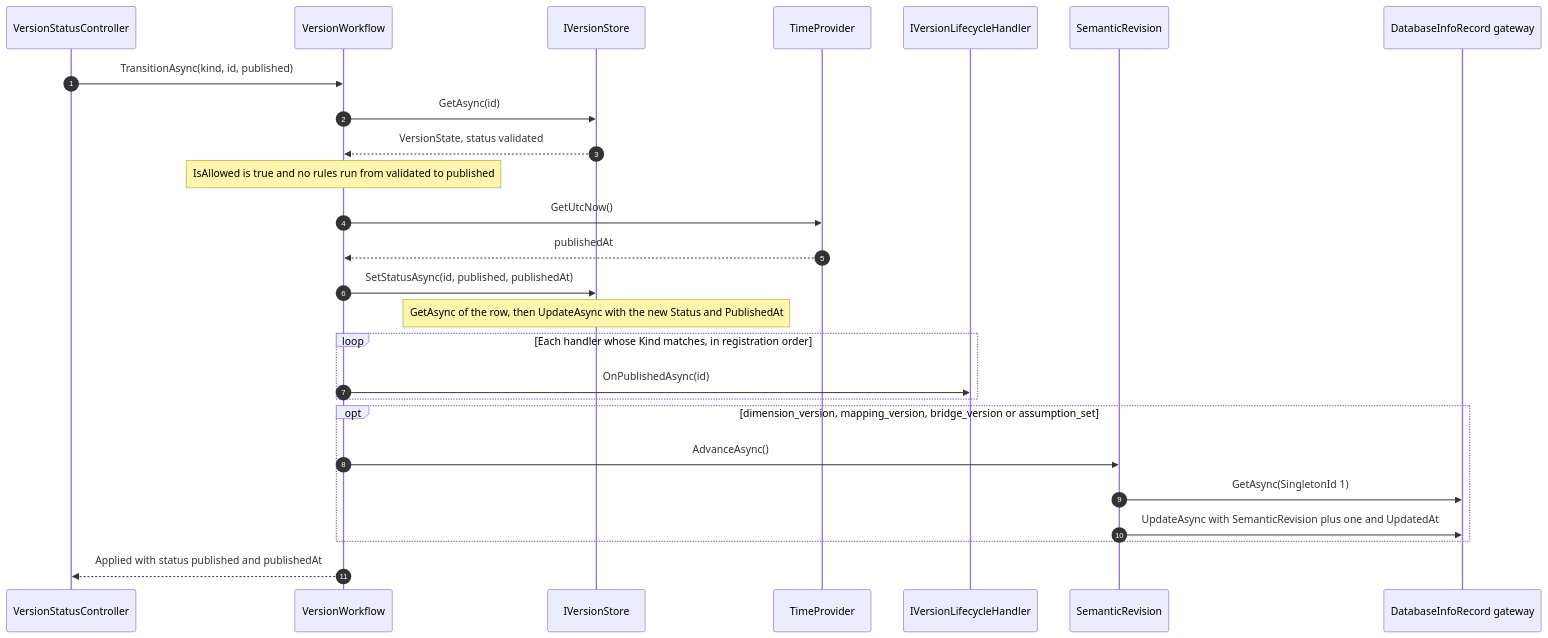
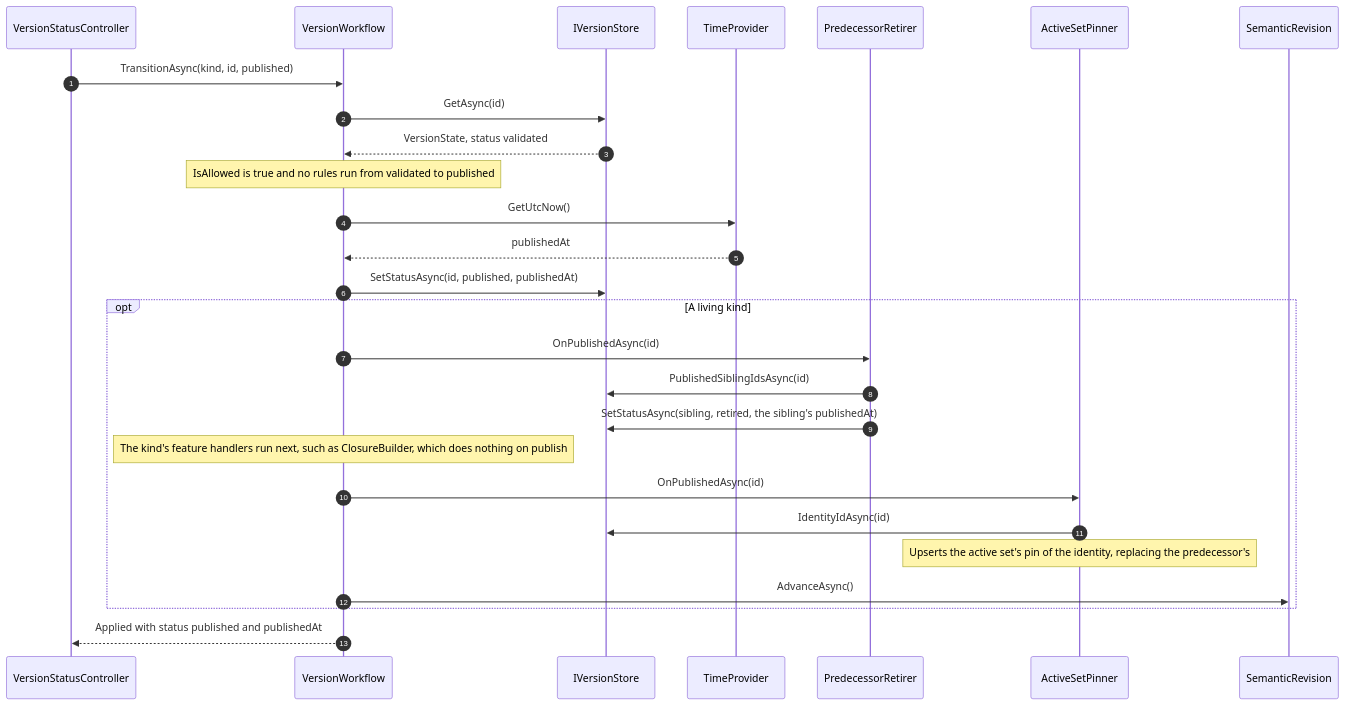
The fourth of 6 diagrams in api/docs/architecture/04-version-lifecycle.md (chrisaliotta/Quantalytix.QueryEngine.Admin), drawn with Mermaid before and after one commit. The commit also changed other lines of this file and 390 other files, not shown here.

First line of the commit message:
feat: enhance API documentation and architecture for versioning and assumption sets

````diff
--- a/api/docs/architecture/04-version-lifecycle.md
+++ b/api/docs/architecture/04-version-lifecycle.md
@@ -95,28 +98,29 @@
 ```mermaid
 sequenceDiagram
     autonumber
     participant Ctl as VersionStatusController
     participant Wf as VersionWorkflow
     participant Store as IVersionStore
     participant Clock as TimeProvider
-    participant Handlers as IVersionLifecycleHandler
+    participant Retirer as PredecessorRetirer
+    participant Pinner as ActiveSetPinner
     participant Rev as SemanticRevision
-    participant Info as DatabaseInfoRecord gateway
     Ctl->>Wf: TransitionAsync(kind, id, published)
     Wf->>Store: GetAsync(id)
     Store-->>Wf: VersionState, status validated
     Note over Wf: IsAllowed is true and no rules run from validated to published
     Wf->>Clock: GetUtcNow()
     Clock-->>Wf: publishedAt
     Wf->>Store: SetStatusAsync(id, published, publishedAt)
-    Note over Store: GetAsync of the row, then UpdateAsync with the new Status and PublishedAt
-    loop Each handler whose Kind matches, in registration order
-        Wf->>Handlers: OnPublishedAsync(id)
-    end
-    opt dimension_version, mapping_version, bridge_version or assumption_set
+    opt A living kind
+        Wf->>Retirer: OnPublishedAsync(id)
+        Retirer->>Store: PublishedSiblingIdsAsync(id)
+        Retirer->>Store: SetStatusAsync(sibling, retired, the sibling's publishedAt)
+        Note over Wf: The kind's feature handlers run next, such as ClosureBuilder, which does nothing on publish
+        Wf->>Pinner: OnPublishedAsync(id)
+        Pinner->>Store: IdentityIdAsync(id)
+        Note over Pinner: Upserts the active set's pin of the identity, replacing the predecessor's
         Wf->>Rev: AdvanceAsync()
-        Rev->>Info: GetAsync(SingletonId 1)
-        Rev->>Info: UpdateAsync with SemanticRevision plus one and UpdatedAt
     end
     Wf-->>Ctl: Applied with status published and publishedAt
 ```
````
